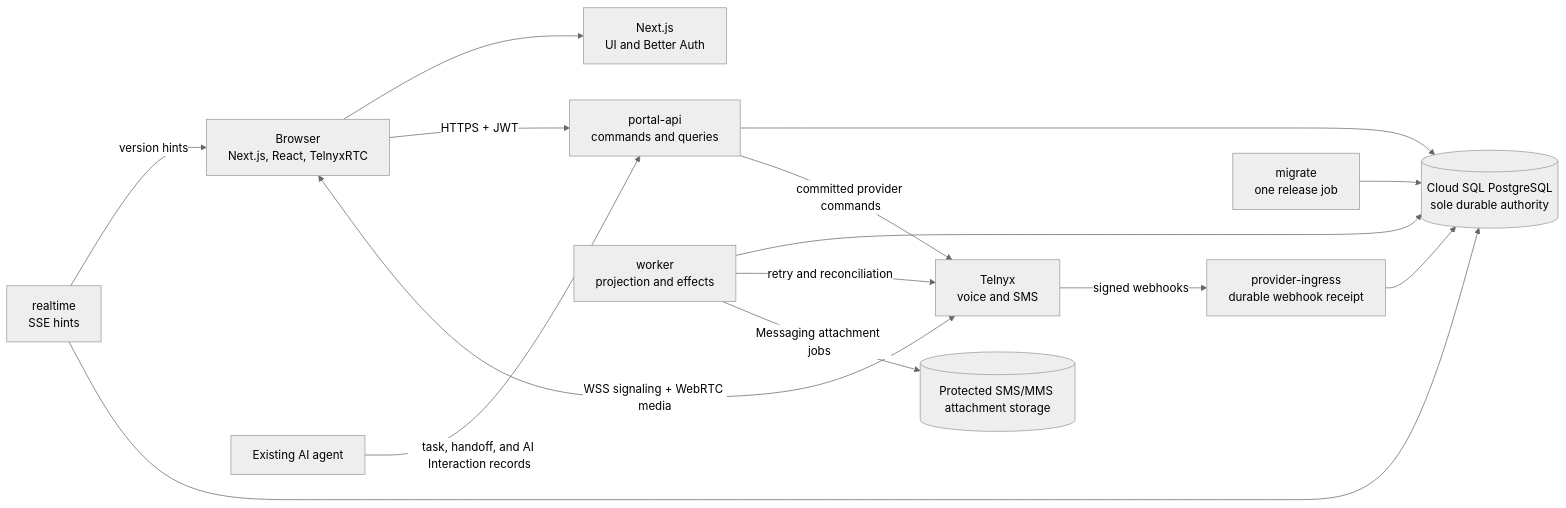
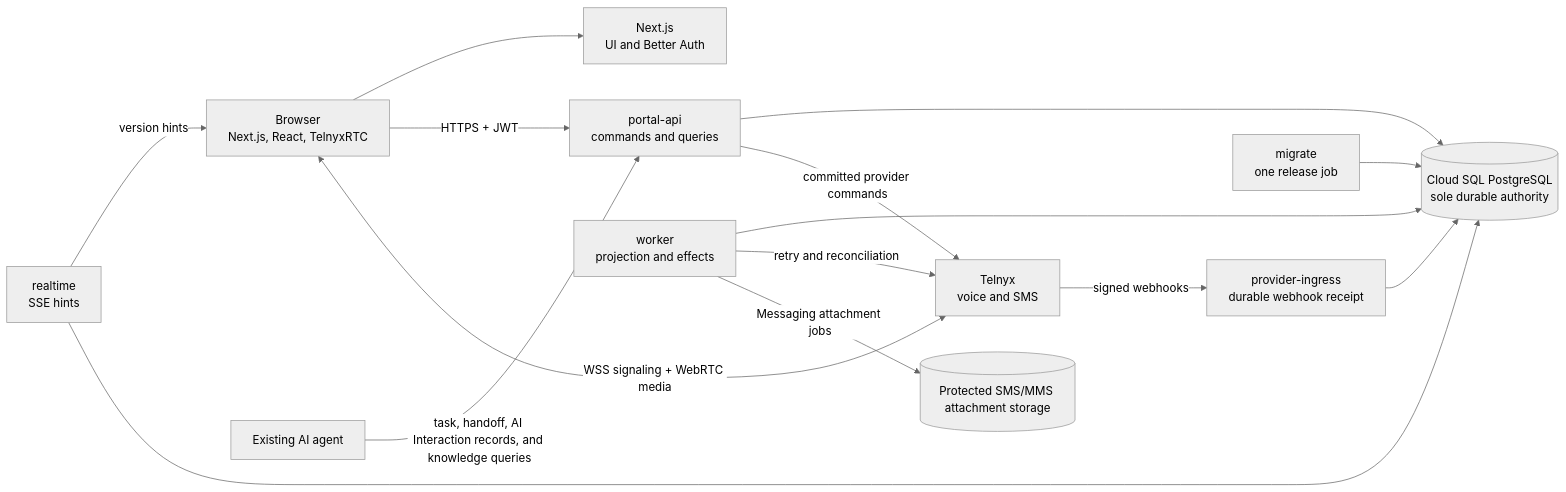
One commit to chasef07/acuity_product changed the first of 8 diagrams in docs/architecture/overview.md. Above: the diagram before and after it, drawn with Mermaid (neutral theme). The commit also changed other lines of this file and 33 other files, not shown here.

````diff
--- a/docs/architecture/overview.md
+++ b/docs/architecture/overview.md
@@ -9,29 +9,29 @@
 ```mermaid
 flowchart LR
     Browser["Browser<br/>Next.js, React, TelnyxRTC"]
     Next["Next.js<br/>UI and Better Auth"]
     API["portal-api<br/>commands and queries"]
     Realtime["realtime<br/>SSE hints"]
     Ingress["provider-ingress<br/>durable webhook receipt"]
     Worker["worker<br/>projection and effects"]
     Migrate["migrate<br/>one release job"]
     AI["Existing AI agent"]
     Telnyx["Telnyx<br/>voice and SMS"]
     DB[("Cloud SQL PostgreSQL<br/>sole durable authority")]
     Objects[("Protected SMS/MMS attachment storage")]
 
     Browser --> Next
     Browser -->|"HTTPS + JWT"| API
     Realtime -->|"version hints"| Browser
     Browser <-->|"WSS signaling + WebRTC media"| Telnyx
-    AI -->|"task, handoff, and AI Interaction records"| API
+    AI -->|"task, handoff, AI Interaction records, and knowledge queries"| API
     Telnyx -->|"signed webhooks"| Ingress
     API --> DB
     Ingress --> DB
     Worker --> DB
     Realtime --> DB
     Migrate --> DB
     API -->|"committed provider commands"| Telnyx
     Worker -->|"retry and reconciliation"| Telnyx
     Worker -->|"Messaging attachment jobs"| Objects
 ```
````
